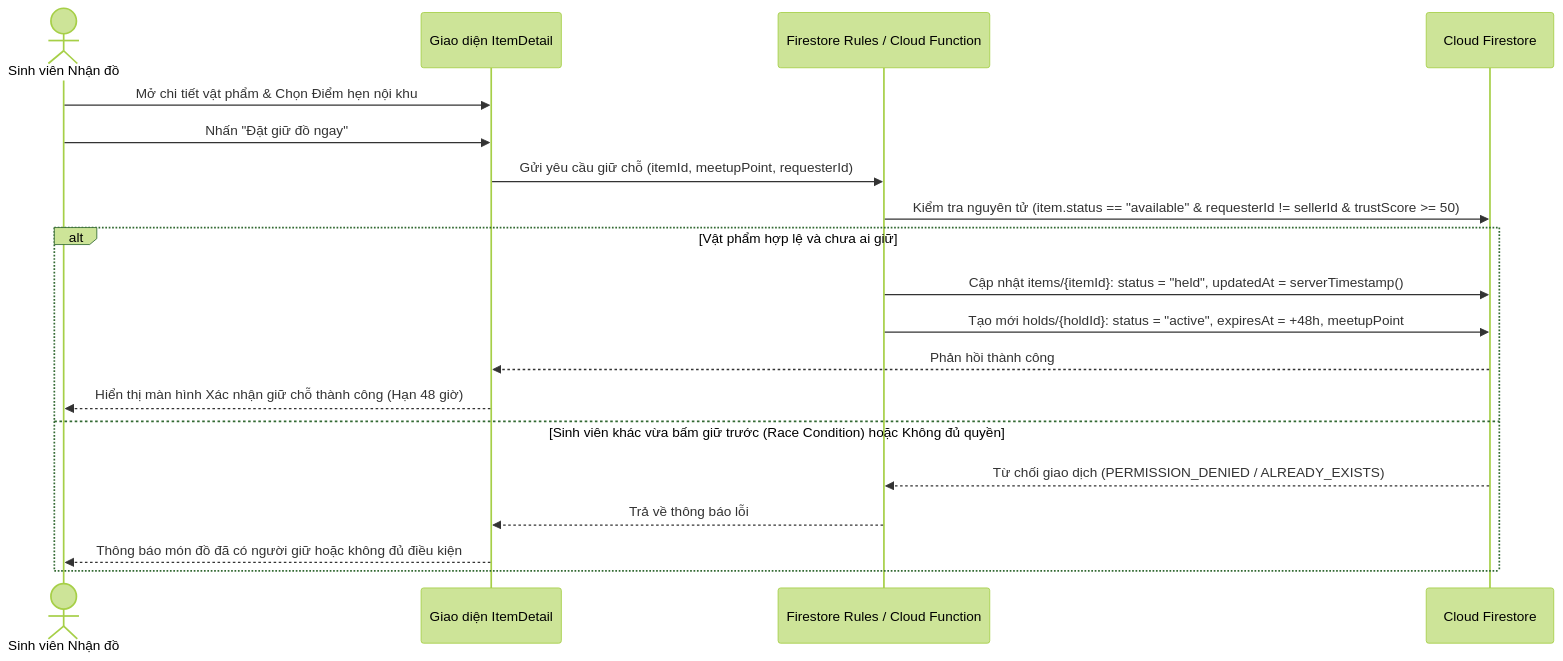
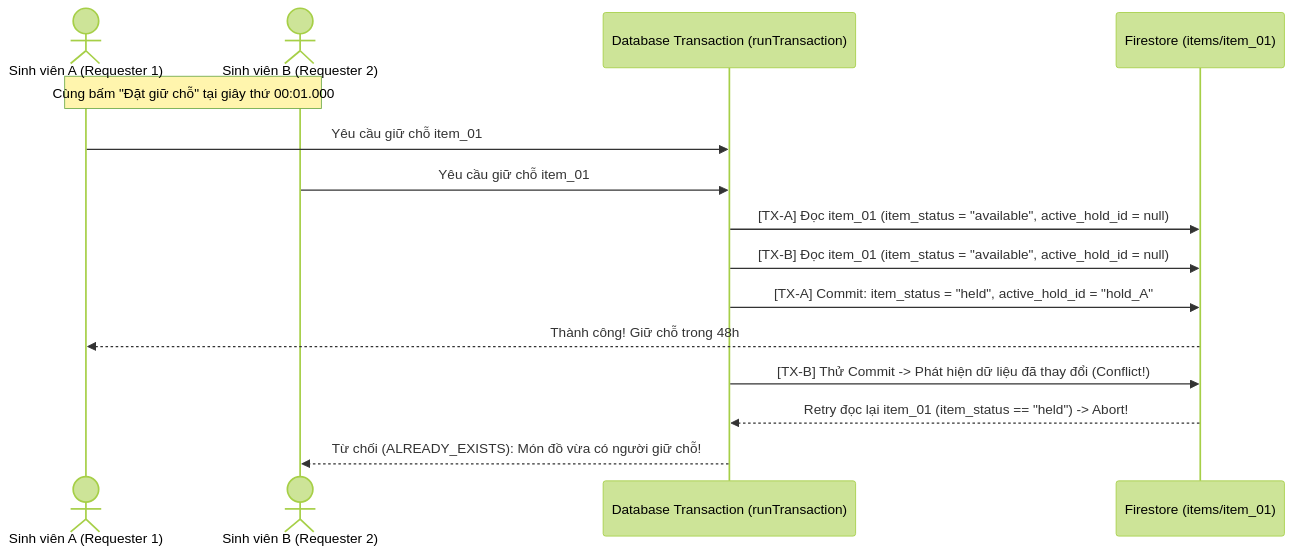
One commit to viducthanhdat-web/Do-an changed the third of 3 diagrams in SRS_UniExchange.md. Above: the diagram before and after it, drawn with Mermaid (forest theme). The commit also changed other lines of this file and 24 other files, not shown here.

````diff
--- a/SRS_UniExchange.md
+++ b/SRS_UniExchange.md
@@ -249,22 +251,18 @@
 ```mermaid
 sequenceDiagram
-    actor Buyer as Sinh viên Nhận đồ
-    participant UI as Giao diện ItemDetail
-    participant Backend as Firestore Rules / Cloud Function
-    participant DB as Cloud Firestore
+    actor SV_A as Sinh viên A (Requester 1)
+    actor SV_B as Sinh viên B (Requester 2)
+    participant TX as Database Transaction (runTransaction)
+    participant DB as Firestore (items/item_01)
 
-    Buyer->>UI: Mở chi tiết vật phẩm & Chọn Điểm hẹn nội khu
-    Buyer->>UI: Nhấn "Đặt giữ đồ ngay"
-    UI->>Backend: Gửi yêu cầu giữ chỗ (itemId, meetupPoint, requesterId)
-    Backend->>DB: Kiểm tra nguyên tử (item.status == "available" & requesterId != sellerId & trustScore >= 50)
-    alt Vật phẩm hợp lệ và chưa ai giữ
-        Backend->>DB: Cập nhật items/{itemId}: status = "held", updatedAt = serverTimestamp()
-        Backend->>DB: Tạo mới holds/{holdId}: status = "active", expiresAt = +48h, meetupPoint
-        DB-->>UI: Phản hồi thành công
-        UI-->>Buyer: Hiển thị màn hình Xác nhận giữ chỗ thành công (Hạn 48 giờ)
-    else Sinh viên khác vừa bấm giữ trước (Race Condition) hoặc Không đủ quyền
-        DB-->>Backend: Từ chối giao dịch (PERMISSION_DENIED / ALREADY_EXISTS)
-        Backend-->>UI: Trả về thông báo lỗi
-        UI-->>Buyer: Thông báo món đồ đã có người giữ hoặc không đủ điều kiện
-    end
+    Note over SV_A, SV_B: Cùng bấm "Đặt giữ chỗ" tại giây thứ 00:01.000
+    SV_A->>TX: Yêu cầu giữ chỗ item_01
+    SV_B->>TX: Yêu cầu giữ chỗ item_01
+    TX->>DB: [TX-A] Đọc item_01 (item_status = "available", active_hold_id = null)
+    TX->>DB: [TX-B] Đọc item_01 (item_status = "available", active_hold_id = null)
+    TX->>DB: [TX-A] Commit: item_status = "held", active_hold_id = "hold_A"
+    DB-->>SV_A: Thành công! Giữ chỗ trong 48h
+    TX->>DB: [TX-B] Thử Commit -> Phát hiện dữ liệu đã thay đổi (Conflict!)
+    DB-->>TX: Retry đọc lại item_01 (item_status == "held") -> Abort!
+    TX-->>SV_B: Từ chối (ALREADY_EXISTS): Món đồ vừa có người giữ chỗ!
 ```
````
